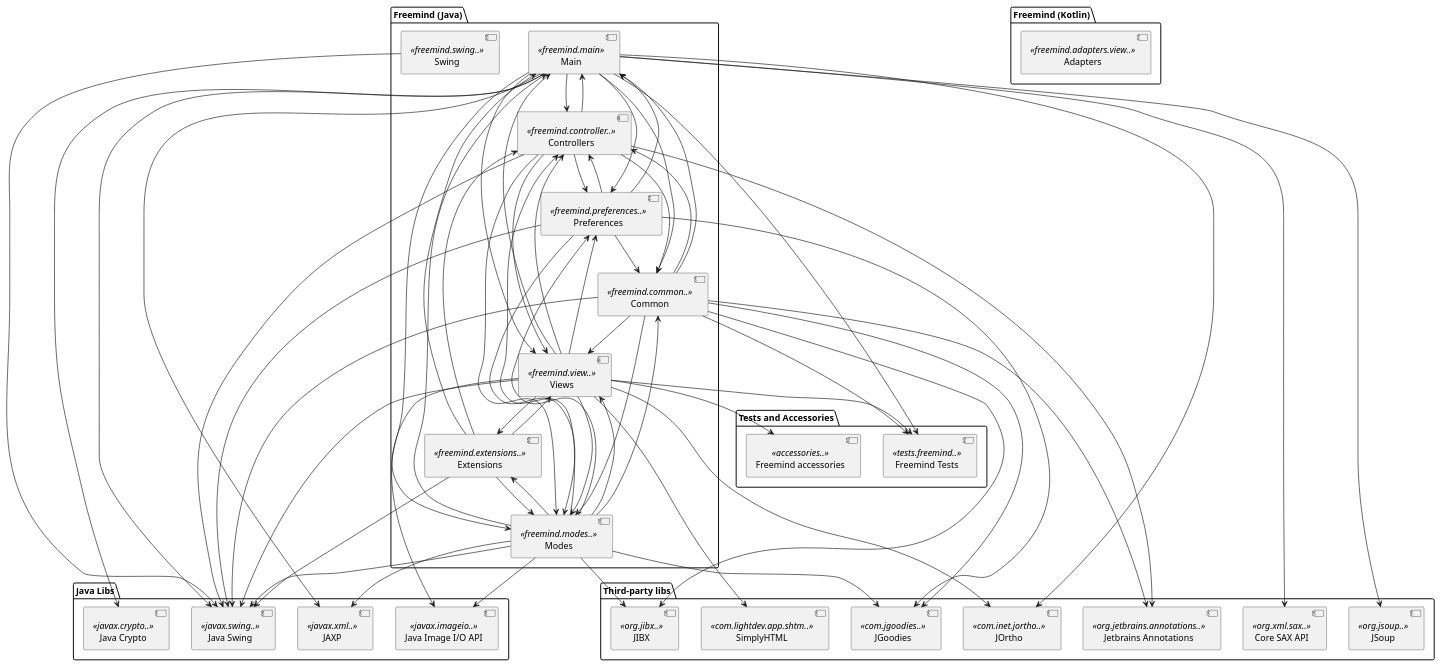
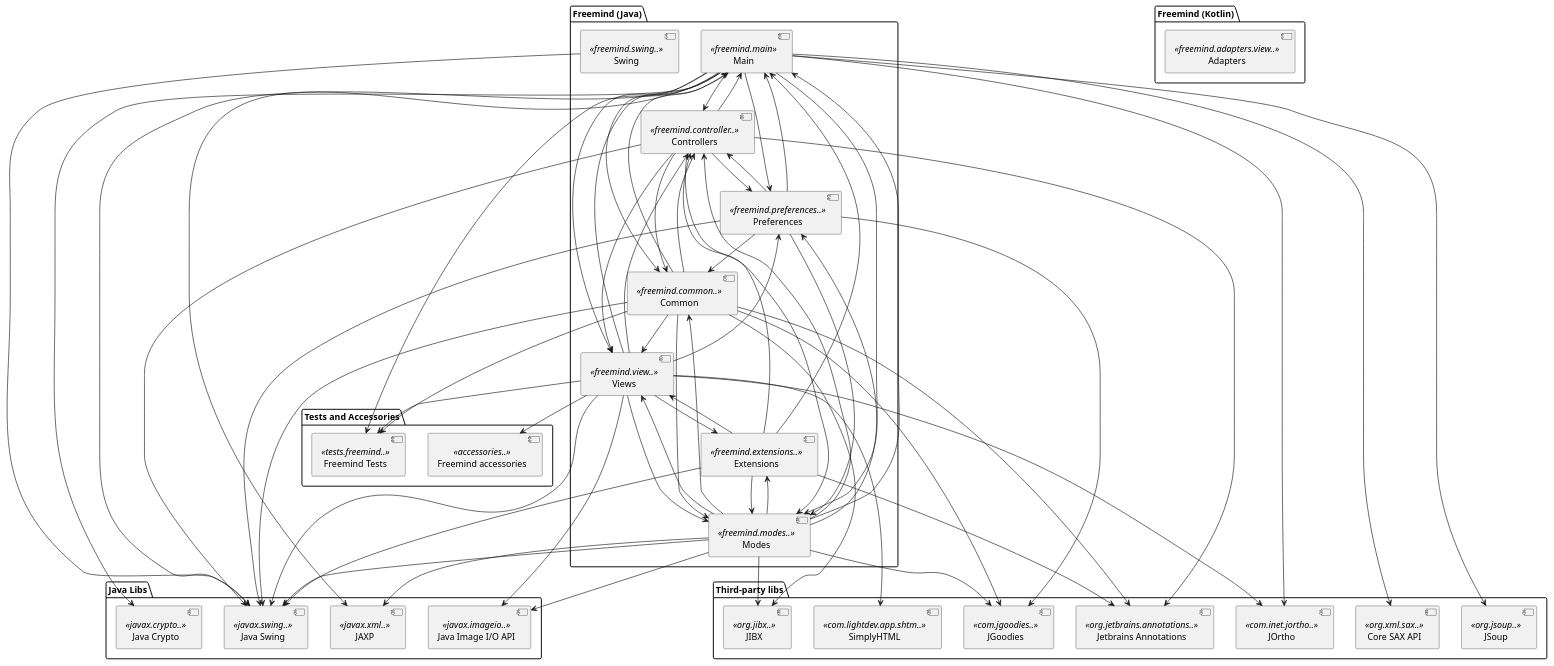
The diagram in uml/Freemind.puml (d4span/freemind-old), drawn with PlantUML before and after one commit. The commit also changed 20 other files, not shown here.

```diff
--- a/uml/Freemind.puml
+++ b/uml/Freemind.puml
@@ -1,110 +1,111 @@
 @startuml Freemind
 
 package "Freemind (Java)" {
     [Main] <<freemind.main>>
     [Controllers] <<freemind.controller..>>
     [Modes] <<freemind.modes..>>
     [Views] <<freemind.view..>>
     [Common] <<freemind.common..>>
     [Preferences] <<freemind.preferences..>>
     [Extensions] <<freemind.extensions..>>
     [Swing] <<freemind.swing..>>
 }
 
 package "Freemind (Kotlin)" {
     [Adapters] <<freemind.adapters.view..>>
 }
 
 package "Tests and Accessories" {
     [Freemind Tests] <<tests.freemind..>>
     [Freemind accessories] <<accessories..>>
 }
 
 package "Java Libs" {
     [Java Swing] <<javax.swing..>>
     [JAXP] <<javax.xml..>>
     [Java Crypto] <<javax.crypto..>>
     [Java Image I/O API] <<javax.imageio..>>
 }
 
 package "Third-party libs" {
     [JSoup] <<org.jsoup..>>
     [JOrtho] <<com.inet.jortho..>>
     [SimplyHTML] <<com.lightdev.app.shtm..>>
     [JIBX] <<org.jibx..>>
     [JGoodies] <<com.jgoodies..>>
     [Core SAX API] <<org.xml.sax..>>
     [Jetbrains Annotations] <<org.jetbrains.annotations..>>
 }
 
 [Swing] --> [Java Swing]
 
 [Common] --> [Main]
 [Common] --> [Modes]
 [Common] --> [Controllers]
 [Common] --> [Views]
 [Common] --> [Freemind Tests]
 [Common] --> [Java Swing]
 [Common] --> [JIBX]
 [Common] --> [JGoodies]
 [Common] --> [Jetbrains Annotations]
 
 [Controllers] --> [Views]
 [Controllers] --> [Common]
 [Controllers] --> [Main]
 [Controllers] --> [Modes]
 [Controllers] --> [Preferences]
 [Controllers] --> [Java Swing]
 [Controllers] --> [Jetbrains Annotations]
 
 [Extensions] --> [Main]
 [Extensions] --> [Views]
 [Extensions] --> [Controllers]
 [Extensions] --> [Modes]
 [Extensions] --> [Java Swing]
+[Extensions] --> [Jetbrains Annotations]
 
 [Views] --> [Controllers]
 [Views] --> [Extensions]
 [Views] --> [Freemind accessories]
 [Views] --> [Freemind Tests]
 [Views] --> [Java Swing]
 [Views] --> [Java Image I/O API]
 [Views] --> [Modes]
 [Views] --> [Main]
 [Views] --> [Preferences]
 [Views] --> [JOrtho]
 [Views] --> [SimplyHTML]
 
 [Preferences] --> [Common]
 [Preferences] --> [Main]
 [Preferences] --> [Modes]
 [Preferences] --> [JGoodies]
 [Preferences] --> [Controllers]
 [Preferences] --> [Java Swing]
 
 [Modes] --> [Preferences]
 [Modes] --> [Controllers]
 [Modes] --> [Views]
 [Modes] --> [Main]
 [Modes] --> [Extensions]
 [Modes] --> [Common]
 [Modes] --> [Java Swing]
 [Modes] --> [JAXP]
 [Modes] --> [JIBX]
 [Modes] --> [Java Image I/O API]
 [Modes] --> [JGoodies]
 
 [Main] --> [Preferences]
 [Main] --> [Common]
 [Main] --> [Views]
 [Main] --> [Controllers]
 [Main] --> [Modes]
 [Main] --> [Java Swing]
 [Main] --> [JSoup]
 [Main] --> [JAXP]
 [Main] --> [Java Crypto]
 [Main] --> [JOrtho]
 [Main] --> [Core SAX API]
 [Main] --> [Freemind Tests]
 
 @enduml
```
